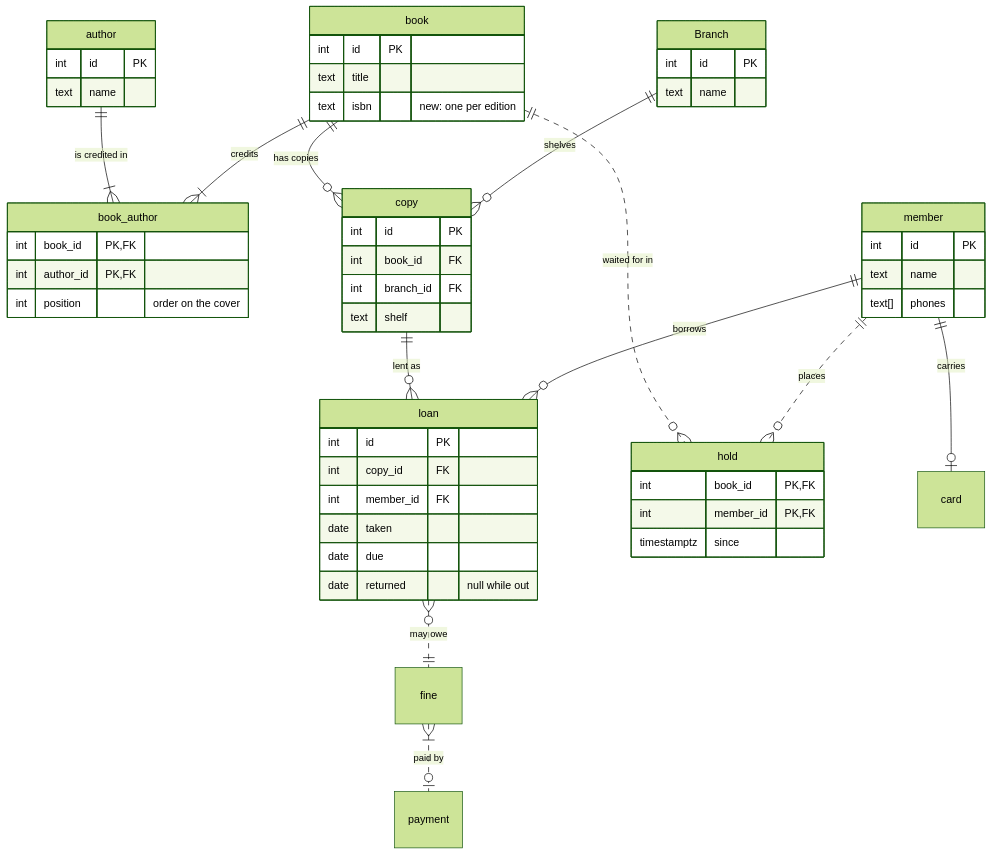
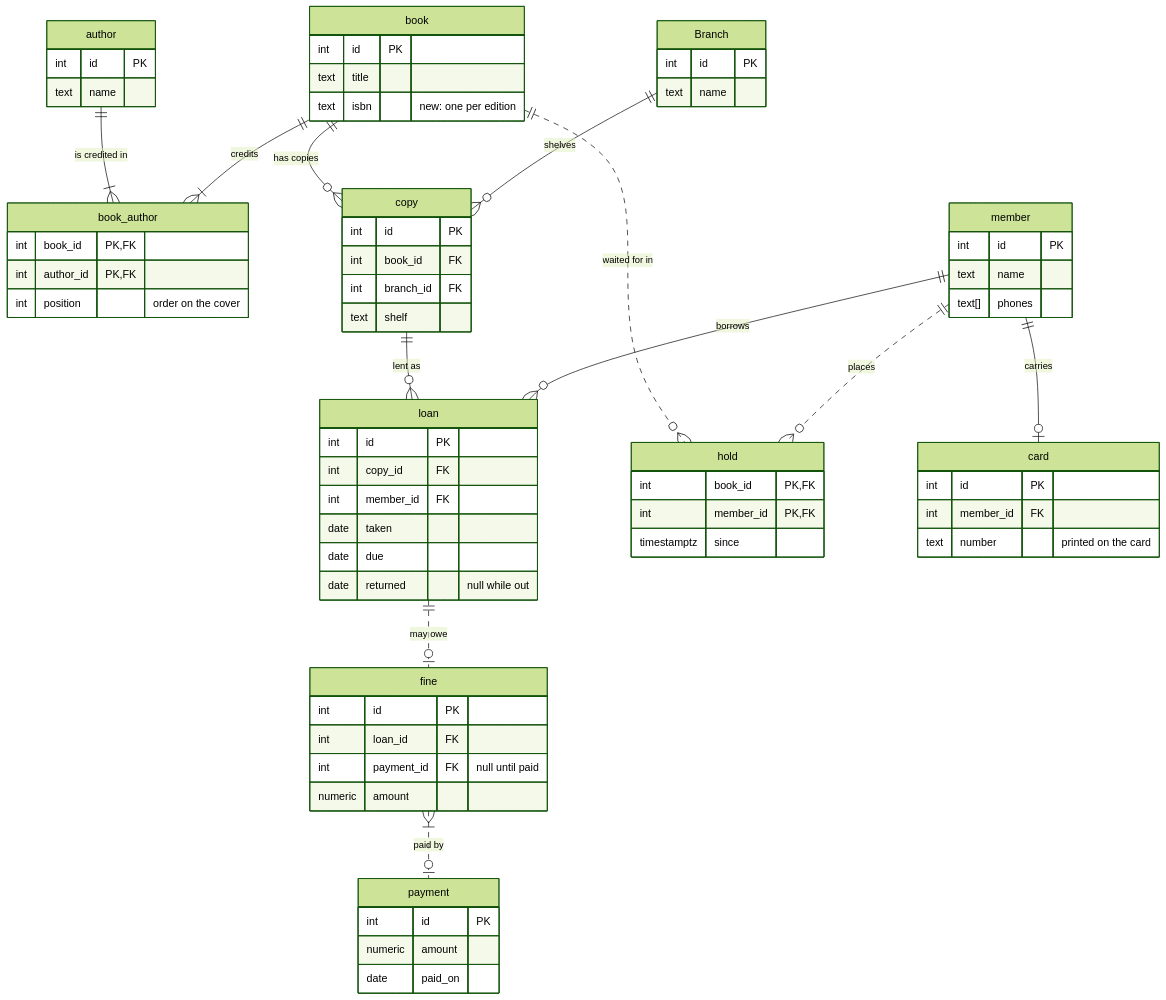
The second of 2 diagrams in tests/fixtures/library.md (scorphus/ferd), drawn with Mermaid (forest theme) before and after one commit. The commit also changed 9 other files, not shown here.

````diff
--- a/tests/fixtures/library.md
+++ b/tests/fixtures/library.md
@@ -36,56 +36,72 @@
 ```mermaid
 erDiagram
     author {
         int id PK
         text name
     }
     book {
         int id PK
         text title
         text isbn "new: one per edition"
     }
     book_author {
         int book_id PK, FK
         int author_id PK, FK
         int position "order on the cover"
     }
     branch["Branch"] {
         int id PK
         text name
     }
     copy {
         int id PK
         int book_id FK
         int branch_id FK
         text shelf
     }
     member {
         int id PK
         text name
         text[] phones
     }
     loan {
         int id PK
         int copy_id FK
         int member_id FK
         date taken
         date due
         date returned "null while out"
     }
     hold {
         int book_id PK, FK
         int member_id PK, FK
         timestamptz since
     }
+    card {
+        int id PK
+        int member_id FK
+        text number "printed on the card"
+    }
+    fine {
+        int id PK
+        int loan_id FK
+        int payment_id FK "null until paid"
+        numeric amount
+    }
+    payment {
+        int id PK
+        numeric amount
+        date paid_on
+    }
     author ||--|{ book_author : "is credited in"
     book ||--|{ book_author : "credits"
     book ||--o{ copy : "has copies"
     branch ||--o{ copy : shelves
     copy ||--o{ loan : "lent as"
     member ||--o{ loan : borrows
     book ||..o{ hold : "waited for in"
     member ||..o{ hold : places
     member ||--o| card : carries
-    loan }o..|| fine : "may owe"
+    loan ||..o| fine : "may owe"
     fine }|..o| payment : "paid by"
 ```
````
